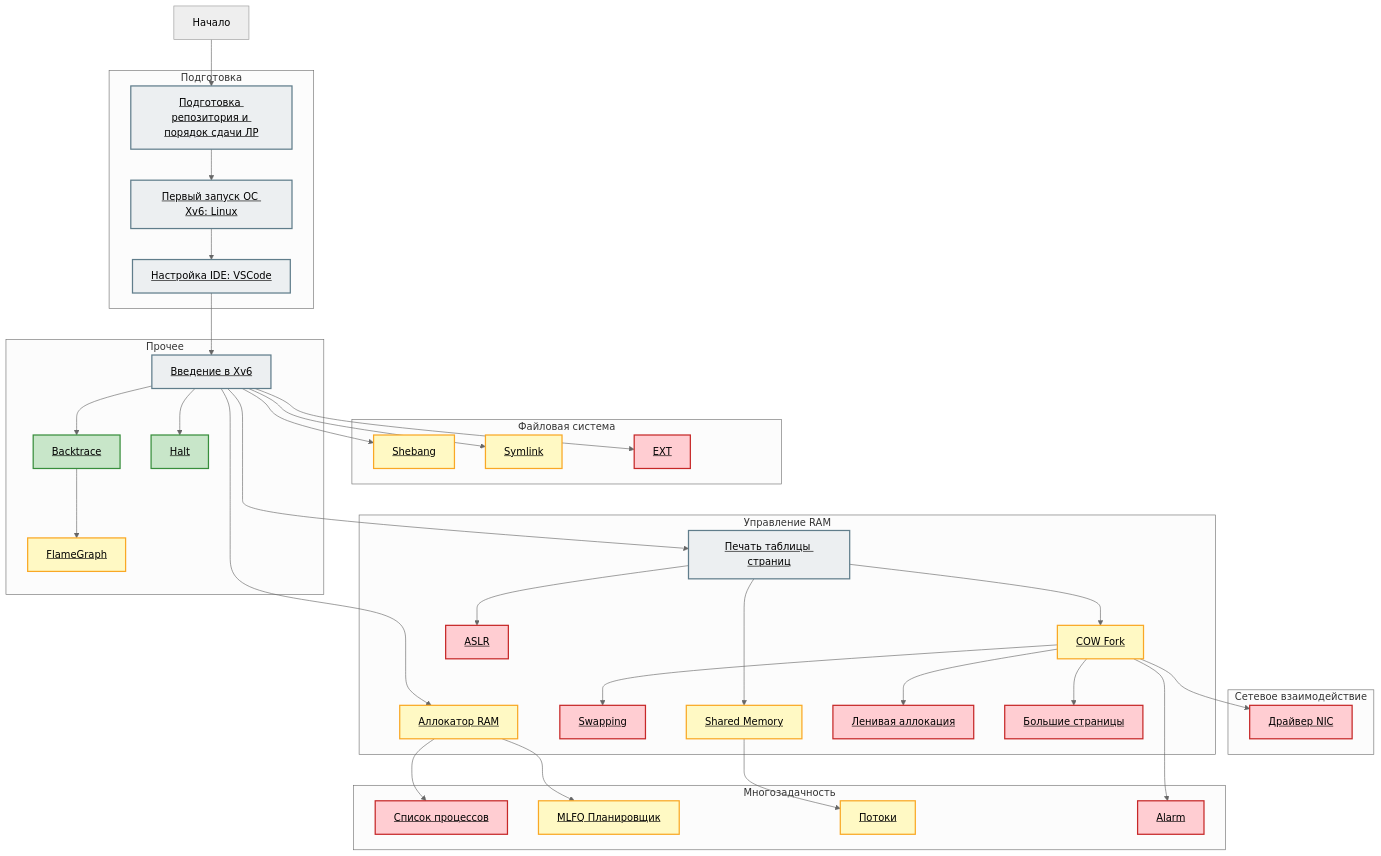
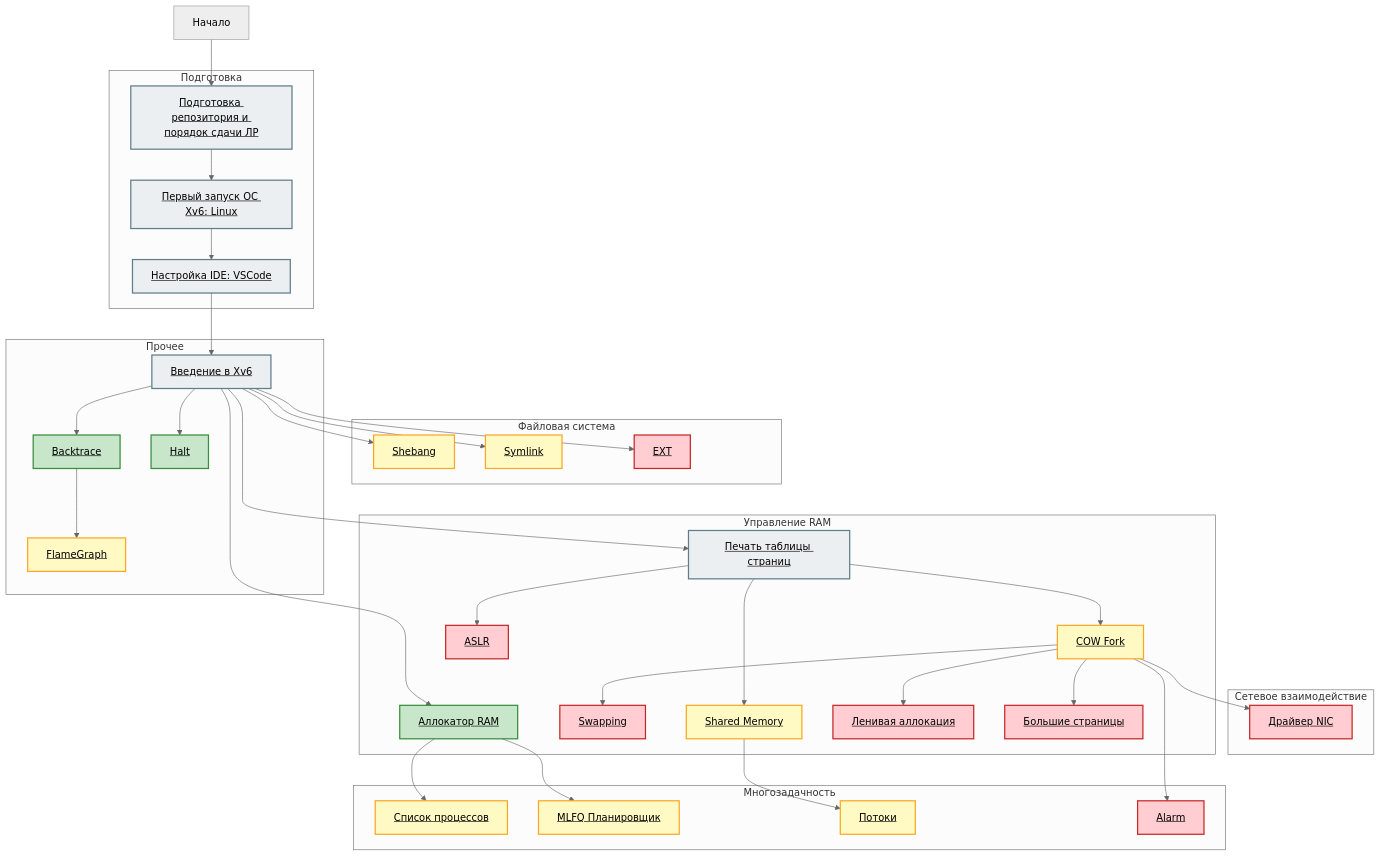
Before and after one commit to secs-dev/xv6-riscv: the diagram in README.md, drawn with Mermaid (neutral theme).

Commit message:
Update README.md (#59)

````diff
--- a/README.md
+++ b/README.md
@@ -99,10 +99,11 @@
 
     class nic hard
 
-    class thread,mlfq medium
-    class alarm,allocproc hard
+    class filealloc easy
+    class thread,mlfq,allocproc medium
+    class alarm hard
 
     class pteprint free
-    class filealloc,cow,shmem medium
+    class cow,shmem medium
     class aslr,swap,lazyalloc,hugepage hard
 ```
````
